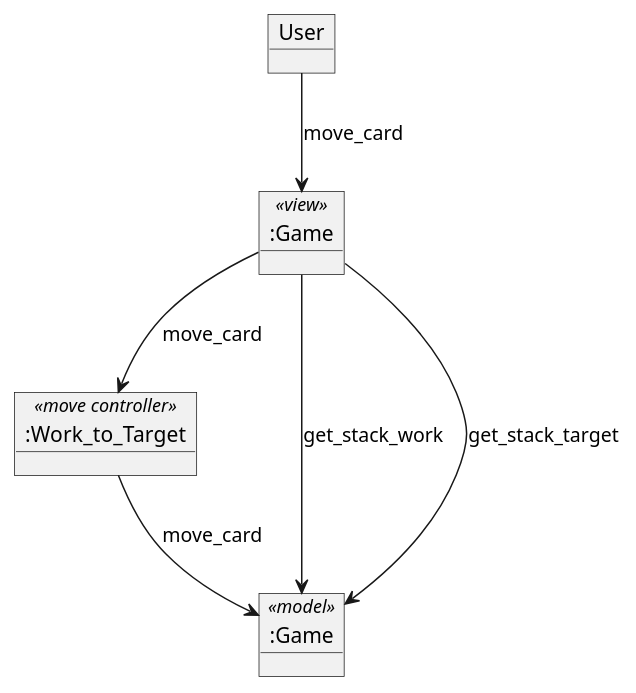
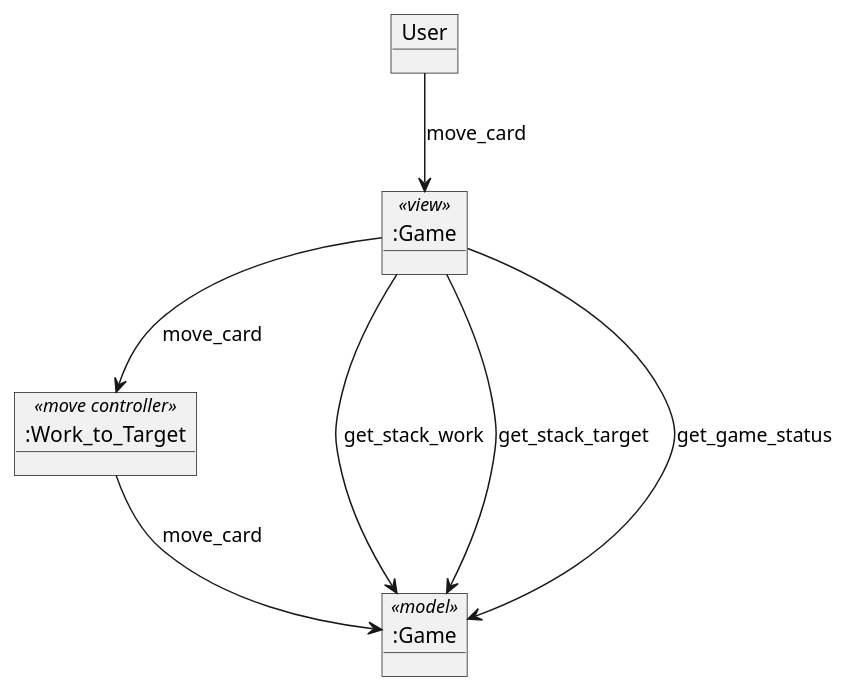
Before and after one commit to hombrenieve/klondike_rup: the diagram in uml/logic-view/use-case-analysis/collaboration-move-work-target.puml, drawn with PlantUML. The commit also changed 1 other file, not shown here.

```diff
--- a/uml/logic-view/use-case-analysis/collaboration-move-work-target.puml
+++ b/uml/logic-view/use-case-analysis/collaboration-move-work-target.puml
@@ -1,26 +1,27 @@
 @startuml
 
 object User
 
 object ":Game" as game_view <<view>> {
 
 }
 
 object ":Work_to_Target" as Work_to_Target <<move controller>> {
 
 }
 
 object ":Game" as game_model <<model>> {
 
 }
 
 User -down-> game_view: move_card
 
 game_view --> Work_to_Target: move_card
 
 game_view -down-> game_model: get_stack_work
 game_view -down-> game_model: get_stack_target
+game_view -down-> game_model: get_game_status
 
 Work_to_Target --> game_model: move_card
 
 @enduml
```
